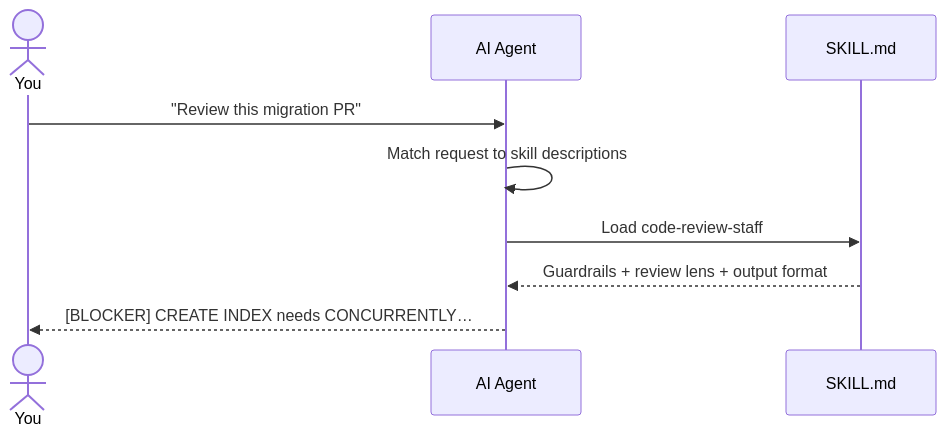
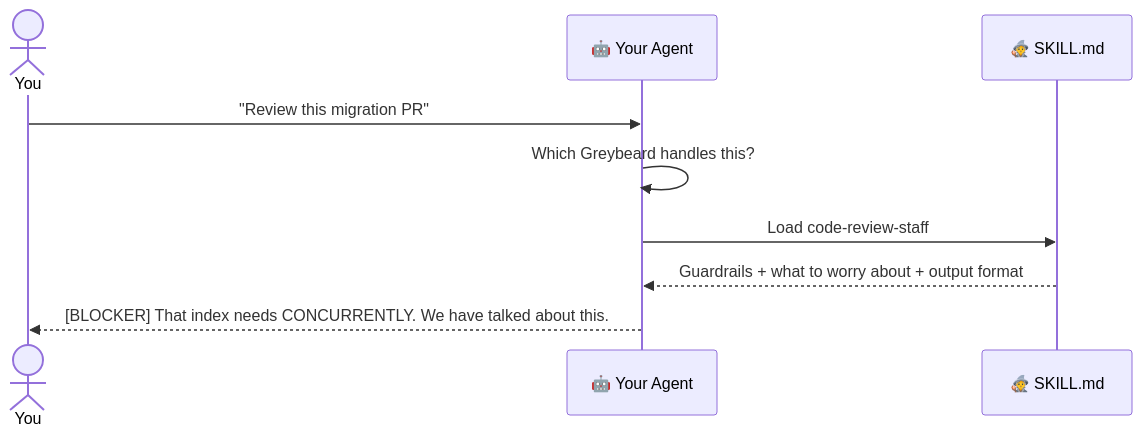
One commit to drarnold/greybeard changed the second of 4 diagrams in README.md. Above: the diagram before and after it, drawn with Mermaid. The commit also changed other lines of this file, not shown here.

Commit message:
Rewrite README in greybeard voice

````diff
--- a/README.md
+++ b/README.md
@@ -79,11 +86,11 @@
 ```mermaid
 sequenceDiagram
     actor You
-    participant Agent as AI Agent
-    participant Skill as SKILL.md
+    participant Agent as 🤖 Your Agent
+    participant GB as 🧙 SKILL.md
     You->>Agent: "Review this migration PR"
-    Agent->>Agent: Match request to skill descriptions
-    Agent->>Skill: Load code-review-staff
-    Skill-->>Agent: Guardrails + review lens + output format
-    Agent-->>You: [BLOCKER] CREATE INDEX needs CONCURRENTLY…
+    Agent->>Agent: Which Greybeard handles this?
+    Agent->>GB: Load code-review-staff
+    GB-->>Agent: Guardrails + what to worry about + output format
+    Agent-->>You: [BLOCKER] That index needs CONCURRENTLY. We have talked about this.
 ```
````
